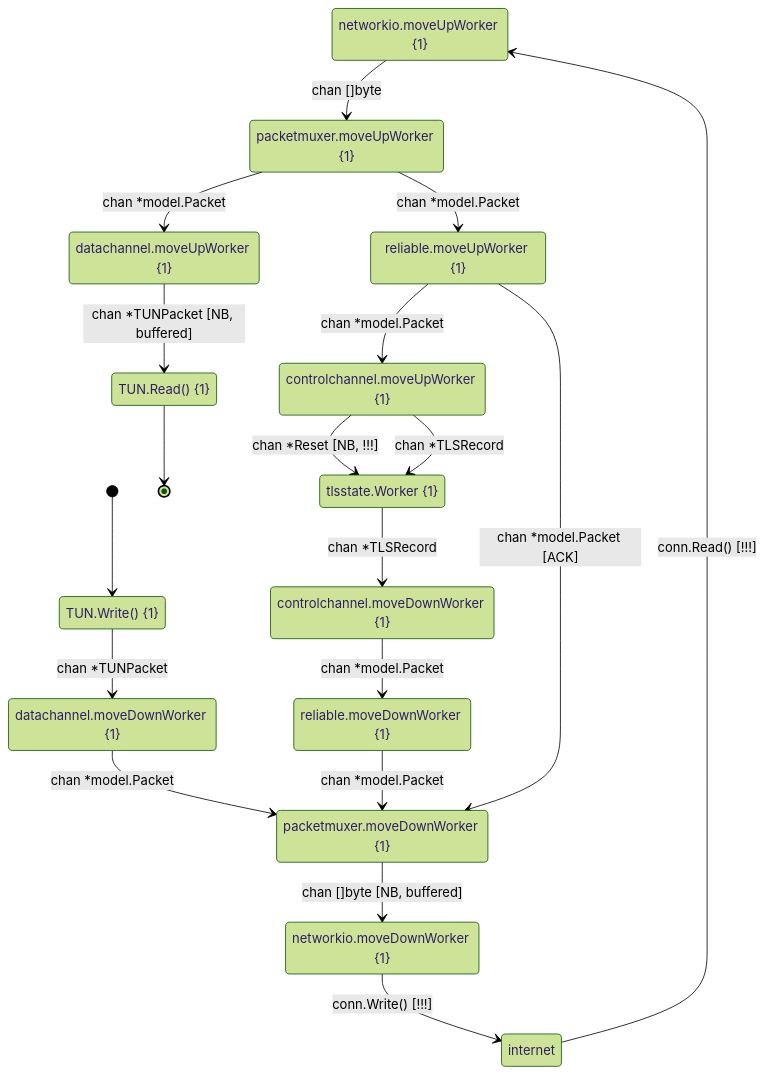
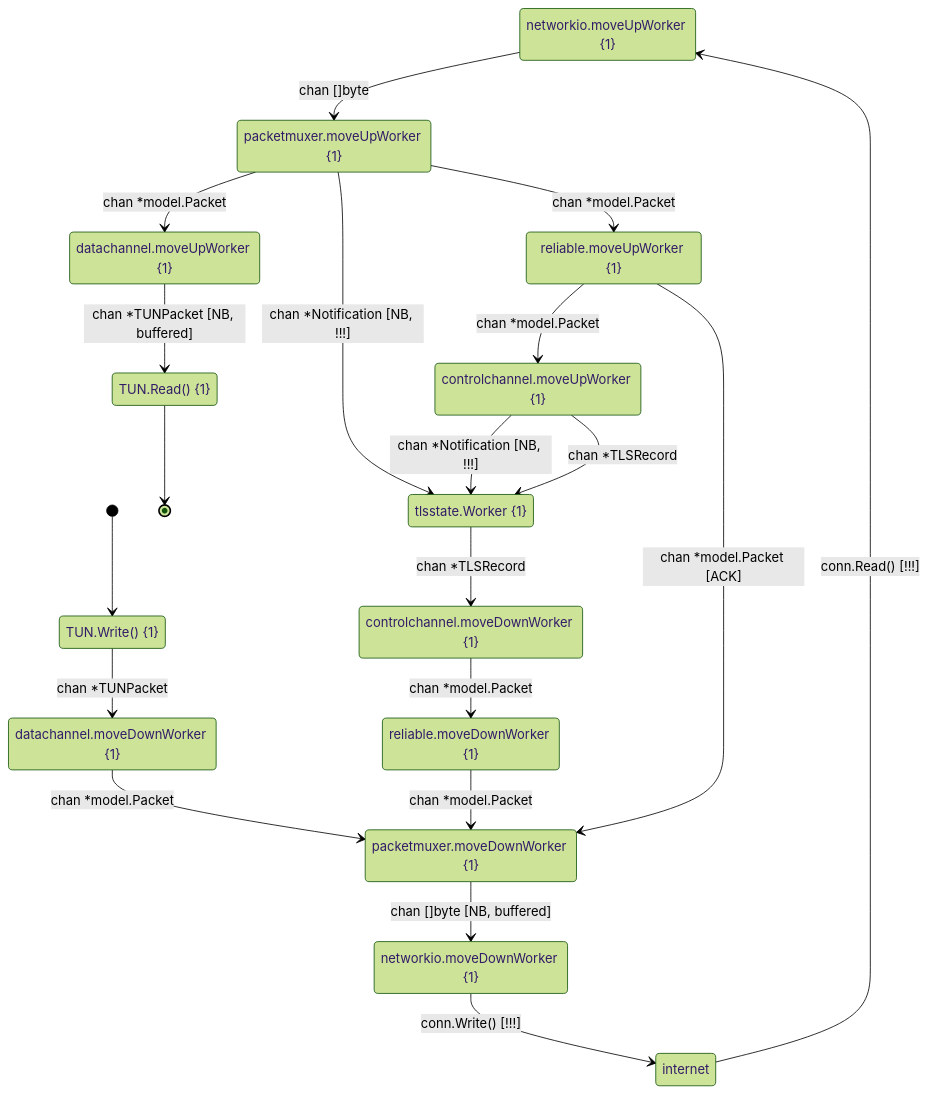
The second of 2 diagrams in ARCHITECTURE.md (ooni/minivpn), drawn with Mermaid (forest theme) before and after one commit. The commit also changed 16 other files, not shown here.

````diff
--- a/ARCHITECTURE.md
+++ b/ARCHITECTURE.md
@@ -66,38 +66,39 @@
 ```mermaid
 stateDiagram
     state "networkio.moveUpWorker {1}" as nioUp
     state "packetmuxer.moveUpWorker {1}" as pmUp
     state "datachannel.moveUpWorker {1}" as dcUp
     state "reliable.moveUpWorker {1}" as relUp
     state "controlchannel.moveUpWorker {1}" as ccUp
     state "tlsstate.Worker {1}" as tlsWorker
     state "TUN.Read() {1}" as tunRead
 
     nioUp --> pmUp: chan []byte
     pmUp --> dcUp: chan *model.Packet
     pmUp --> relUp: chan *model.Packet
     relUp --> ccUp: chan *model.Packet
     dcUp --> tunRead: chan *TUNPacket [NB, buffered]
-    ccUp --> tlsWorker: chan *Reset [NB, !!!]
+    pmUp --> tlsWorker: chan *Notification [NB, !!!]
+    ccUp --> tlsWorker: chan *Notification [NB, !!!]
     ccUp --> tlsWorker: chan *TLSRecord
     tunRead --> [*]
 
     state "networkio.moveDownWorker {1}" as nioDown
     state "datachannel.moveDownWorker {1}" as dcDown
     state "packetmuxer.moveDownWorker {1}" as pmDown
     state "controlchannel.moveDownWorker {1}" as ccDown
     state "TUN.Write() {1}" as tunWrite
     state "reliable.moveDownWorker {1}" as relDown
 
     tunWrite --> dcDown: chan *TUNPacket
     dcDown --> pmDown: chan *model.Packet
     pmDown --> nioDown: chan []byte [NB, buffered]
     ccDown --> relDown: chan *model.Packet
     relDown --> pmDown: chan *model.Packet
     tlsWorker --> ccDown: chan *TLSRecord
     relUp --> pmDown: chan *model.Packet [ACK]
     [*] --> tunWrite
 
     nioDown --> internet: conn.Write() [!!!]
     internet --> nioUp: conn.Read() [!!!]
 ```
````
